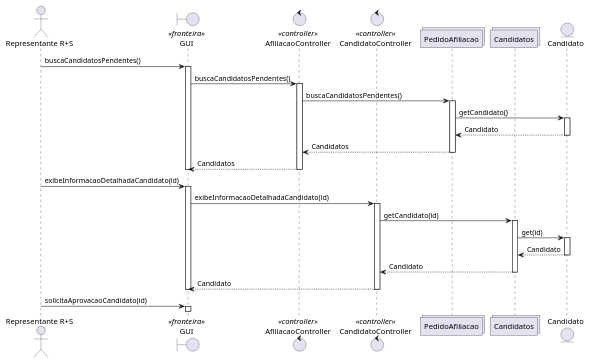
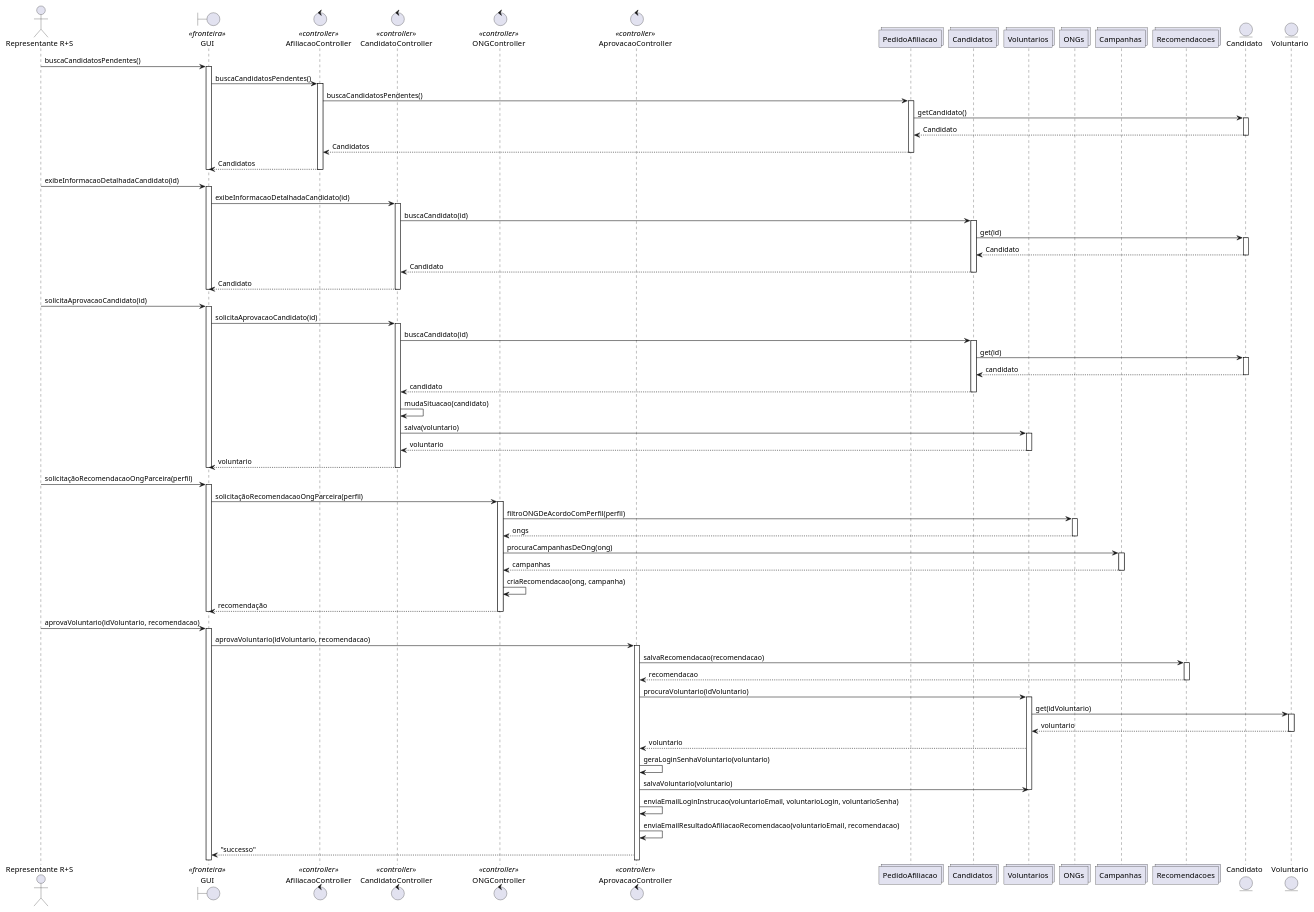
One commit to guisgiacomini/redeMaisSocialProjetoSoftware changed the diagram in diagrama-sequencia/uc003/fluxo-principal.puml. Above: the diagram before and after it, drawn with PlantUML.

Commit message:
Alterações diagrama de sequencia uc003: fluxo principal.

```diff
--- a/diagrama-sequencia/uc003/fluxo-principal.puml
+++ b/diagrama-sequencia/uc003/fluxo-principal.puml
@@ -1,64 +1,138 @@
 @startuml
 
 actor "Representante R+S" as representante
 boundary "GUI" as gui <<fronteira>>
 control "AfiliacaoController" as afiliacaoController <<controller>>
 control "CandidatoController" as candidatoController <<controller>>
+control "ONGController" as ongController<<controller>>
+control "AprovacaoController" as aprovacaoController<<controller>>
 collections "PedidoAfiliacao" as pedidoAfiliacao
 collections "Candidatos" as candidatos
+collections "Voluntarios" as voluntarios
+collections "ONGs" as ongs
+collections "Campanhas" as campanhas
+collections "Recomendacoes" as recomendacoes
 entity "Candidato" as candidato
+entity "Voluntario" as voluntario
+
 
 representante -> gui: buscaCandidatosPendentes()
 activate gui
 
     gui -> afiliacaoController: buscaCandidatosPendentes()
     activate afiliacaoController
 
         afiliacaoController -> pedidoAfiliacao: buscaCandidatosPendentes()
         activate pedidoAfiliacao
 
             pedidoAfiliacao -> candidato: getCandidato()
             activate candidato
                 
                 candidato --> pedidoAfiliacao: Candidato
 
             deactivate candidato
 
             pedidoAfiliacao --> afiliacaoController: Candidatos
 
             deactivate pedidoAfiliacao
 
         afiliacaoController --> gui: Candidatos
         deactivate afiliacaoController
 
 deactivate gui 
 
 
 representante -> gui: exibeInformacaoDetalhadaCandidato(id)
 activate gui
 
     gui -> candidatoController: exibeInformacaoDetalhadaCandidato(id)
     activate candidatoController
 
-        candidatoController -> candidatos: getCandidato(id)
+        candidatoController -> candidatos: buscaCandidato(id)
         activate candidatos
 
             candidatos -> candidato: get(id)
             activate candidato
 
                 candidato --> candidatos: Candidato
 
             deactivate candidato
             candidatos --> candidatoController: Candidato
 
         deactivate candidatos
         candidatoController --> gui: Candidato
 
     deactivate candidatoController
 
 deactivate gui
 
 representante -> gui: solicitaAprovacaoCandidato(id)
 activate gui
+    gui -> candidatoController: solicitaAprovacaoCandidato(id)
+    activate candidatoController
+        candidatoController -> candidatos: buscaCandidato(id)
+        activate candidatos
+            
+            candidatos -> candidato: get(id)
+            activate candidato
+                candidato --> candidatos: candidato
+            deactivate candidato
 
+        candidatos --> candidatoController: candidato
+        deactivate candidatos
+
+        candidatoController -> candidatoController: mudaSituacao(candidato)
+        candidatoController -> voluntarios: salva(voluntario)
+
+        activate voluntarios
+            voluntarios --> candidatoController: voluntario
+        deactivate voluntarios
+
+    candidatoController --> gui: voluntario
+    deactivate candidatoController
+deactivate gui
+
+representante -> gui: solicitaçãoRecomendacaoOngParceira(perfil)
+activate gui
+    gui -> ongController: solicitaçãoRecomendacaoOngParceira(perfil)
+    activate ongController
+        ongController -> ongs: filtroONGDeAcordoComPerfil(perfil)
+        activate ongs
+            ongs --> ongController: ongs
+        deactivate ongs
+        ongController -> campanhas: procuraCampanhasDeOng(ong)
+        activate campanhas
+            campanhas --> ongController: campanhas
+        deactivate campanhas
+
+        ongController -> ongController: criaRecomendacao(ong, campanha)
+        ongController --> gui: recomendação 
+    deactivate ongController
+deactivate gui
+
+representante -> gui: aprovaVoluntario(idVoluntario, recomendacao)
+activate gui
+    gui -> aprovacaoController: aprovaVoluntario(idVoluntario, recomendacao)
+    activate aprovacaoController
+        aprovacaoController -> recomendacoes: salvaRecomendacao(recomendacao)
+        activate recomendacoes
+            recomendacoes --> aprovacaoController: recomendacao
+        deactivate recomendacoes
+        aprovacaoController -> voluntarios: procuraVoluntario(idVoluntario)
+        activate voluntarios
+            voluntarios -> voluntario: get(idVoluntario)
+            activate voluntario
+                voluntario --> voluntarios: voluntario
+            deactivate voluntario
+            voluntarios --> aprovacaoController: voluntario
+        
+        aprovacaoController -> aprovacaoController: geraLoginSenhaVoluntario(voluntario)
+        aprovacaoController -> voluntarios: salvaVoluntario(voluntario)
+        
+        deactivate voluntarios
+
+        aprovacaoController -> aprovacaoController: enviaEmailLoginInstrucao(voluntarioEmail, voluntarioLogin, voluntarioSenha)
+        aprovacaoController -> aprovacaoController: enviaEmailResultadoAfiliacaoRecomendacao(voluntarioEmail, recomendacao)
+
+        aprovacaoController --> gui: "successo"
 @enduml
```
